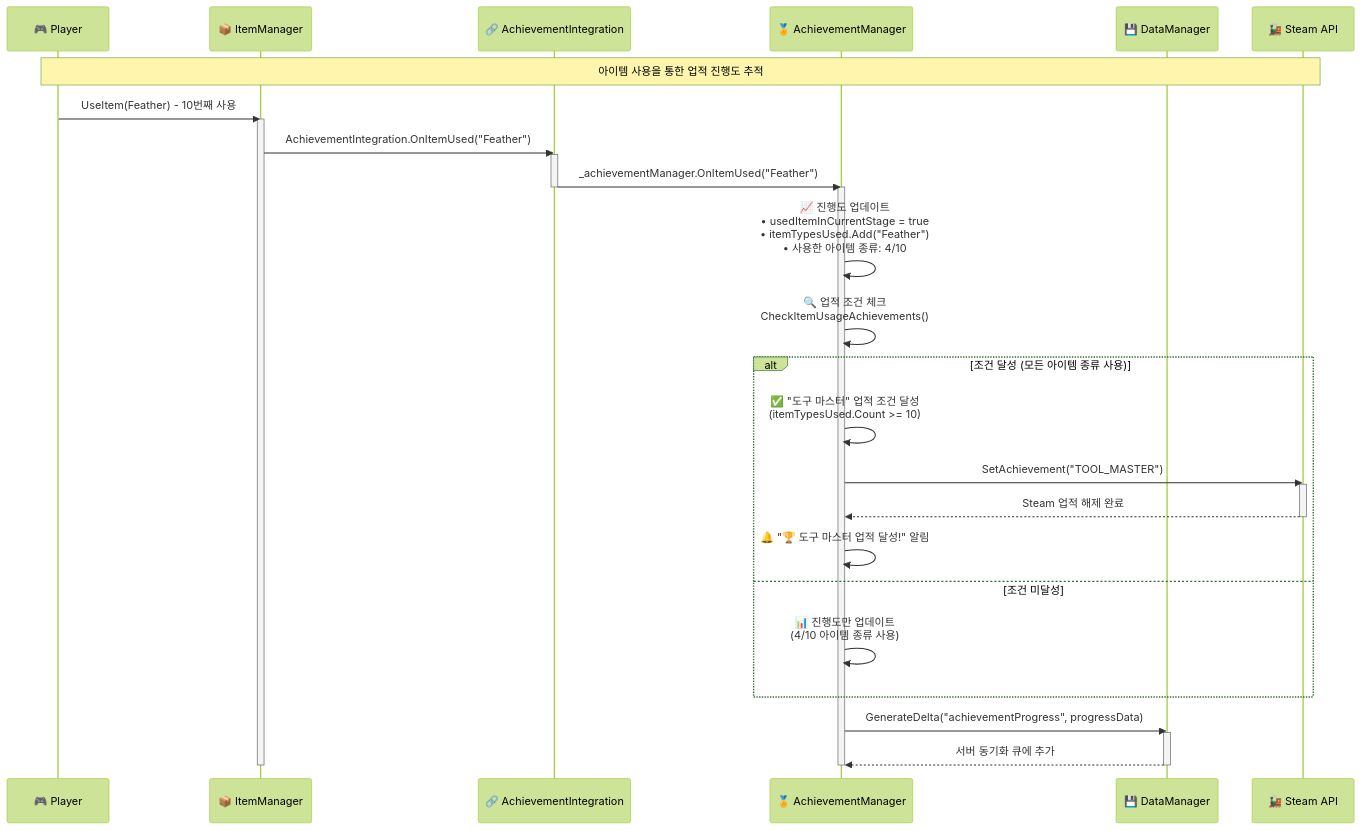
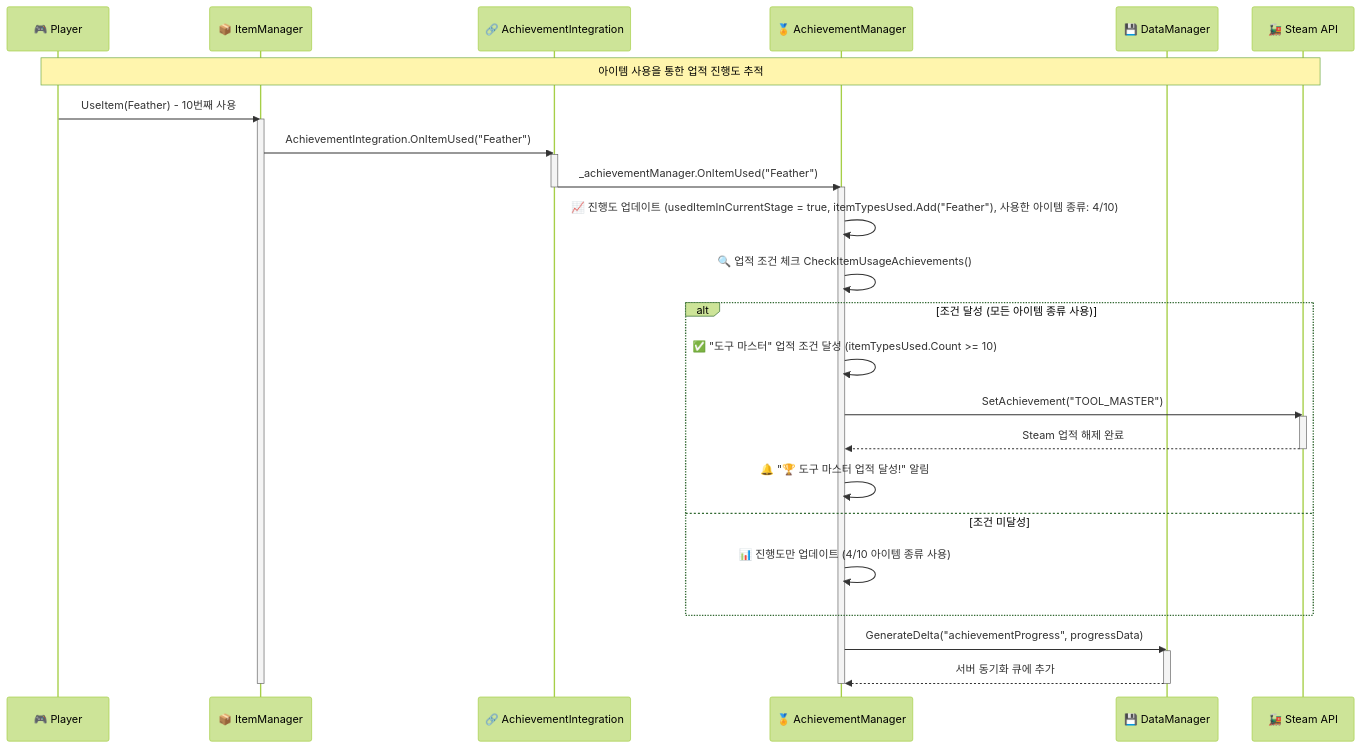
One commit to heejune1209/Just-climb- changed the seventh of 7 diagrams in 랭킹·업적 시스템 시퀀스 다이어그램.md. Above: the diagram before and after it, drawn with Mermaid (forest theme). The commit also changed other lines of this file, not shown here.

````diff
--- a/랭킹·업적 시스템 시퀀스 다이어그램.md
+++ b/랭킹·업적 시스템 시퀀스 다이어그램.md
@@ -516,46 +516,46 @@
 ```mermaid
 sequenceDiagram
     participant Player as 🎮 Player
     participant ItemMgr as 📦 ItemManager
     participant Integration as 🔗 AchievementIntegration
     participant AchievementMgr as 🏅 AchievementManager
     participant DataMgr as 💾 DataManager
     participant SteamAPI as 🚂 Steam API
 
     Note over Player, SteamAPI: 아이템 사용을 통한 업적 진행도 추적
     Player->>ItemMgr: UseItem(Feather) - 10번째 사용
     activate ItemMgr
     
     ItemMgr->>Integration: AchievementIntegration.OnItemUsed("Feather")
     activate Integration
     
     Integration->>AchievementMgr: _achievementManager.OnItemUsed("Feather")
     activate AchievementMgr
     deactivate Integration
     
-    AchievementMgr->>AchievementMgr: 📈 진행도 업데이트<br/>• usedItemInCurrentStage = true<br/>• itemTypesUsed.Add("Feather")<br/>• 사용한 아이템 종류: 4/10
+    AchievementMgr->>AchievementMgr: 📈 진행도 업데이트 (usedItemInCurrentStage = true, itemTypesUsed.Add("Feather"), 사용한 아이템 종류: 4/10)
     
-    AchievementMgr->>AchievementMgr: 🔍 업적 조건 체크<br/>CheckItemUsageAchievements()
+    AchievementMgr->>AchievementMgr: 🔍 업적 조건 체크 CheckItemUsageAchievements()
     
     alt 조건 달성 (모든 아이템 종류 사용)
-        AchievementMgr->>AchievementMgr: ✅ "도구 마스터" 업적 조건 달성<br/>(itemTypesUsed.Count >= 10)
+        AchievementMgr->>AchievementMgr: ✅ "도구 마스터" 업적 조건 달성 (itemTypesUsed.Count >= 10)
         
         AchievementMgr->>SteamAPI: SetAchievement("TOOL_MASTER")
         activate SteamAPI
         SteamAPI-->>AchievementMgr: Steam 업적 해제 완료
         deactivate SteamAPI
         
         AchievementMgr->>AchievementMgr: 🔔 "🏆 도구 마스터 업적 달성!" 알림
         
     else 조건 미달성
-        AchievementMgr->>AchievementMgr: 📊 진행도만 업데이트<br/>(4/10 아이템 종류 사용)
+        AchievementMgr->>AchievementMgr: 📊 진행도만 업데이트 (4/10 아이템 종류 사용)
     end
     
     AchievementMgr->>DataMgr: GenerateDelta("achievementProgress", progressData)
     activate DataMgr
     DataMgr-->>AchievementMgr: 서버 동기화 큐에 추가
     deactivate DataMgr
     
     deactivate AchievementMgr
     deactivate ItemMgr
 ```
````
